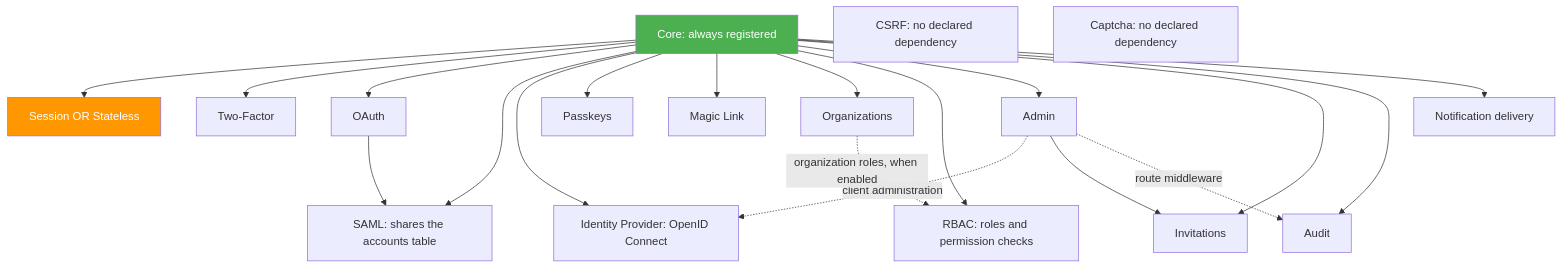
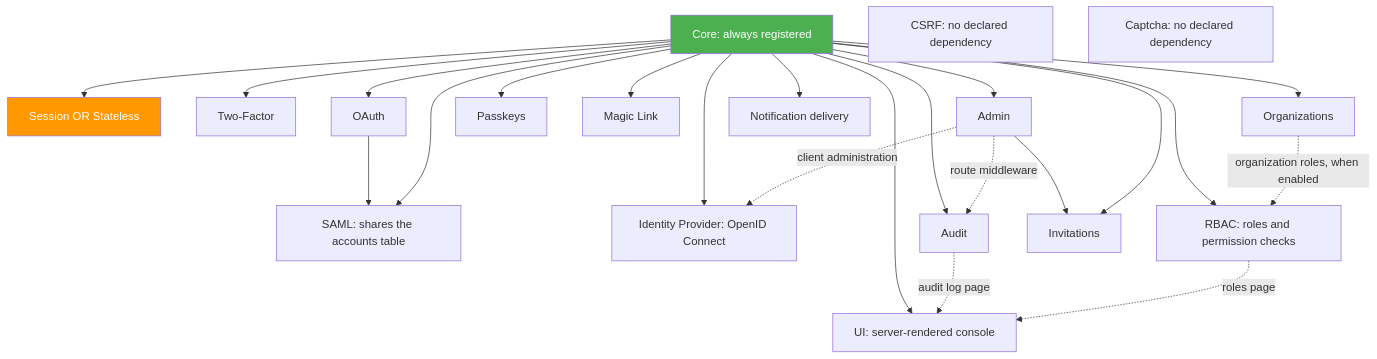
One commit to bete7512/goauth changed the second of 7 diagrams in docs/docs/architecture.md. Above: the diagram before and after it, drawn with Mermaid. The commit also changed 110 other files, not shown here.

````diff
--- a/docs/docs/architecture.md
+++ b/docs/docs/architecture.md
@@ -85,26 +85,29 @@
 ```mermaid
 graph TD
     Core["Core: always registered"]
     Core --> Session["Session OR Stateless"]
     Core --> TwoFactor["Two-Factor"]
     Core --> OAuth["OAuth"]
     OAuth --> SAML["SAML: shares the accounts table"]
     Core --> SAML
     Core --> IDP["Identity Provider: OpenID Connect"]
     Admin -.->|client administration| IDP
     Core --> Passkeys["Passkeys"]
     Core --> MagicLink["Magic Link"]
     Core --> Organization["Organizations"]
     Core --> RBAC["RBAC: roles and permission checks"]
     Organization -.->|organization roles, when enabled| RBAC
+    Core --> UI["UI: server-rendered console"]
+    Audit -.->|audit log page| UI
+    RBAC -.->|roles page| UI
     Core --> Admin["Admin"]
     Admin --> Invitation["Invitations"]
     Core --> Invitation
     Core --> Audit["Audit"]
     Admin -.->|route middleware| Audit
     Core --> Notification["Notification delivery"]
     CSRF["CSRF: no declared dependency"]
     Captcha["Captcha: no declared dependency"]
     style Core fill:#4CAF50,color:#fff
     style Session fill:#FF9800,color:#fff
 ```
````
